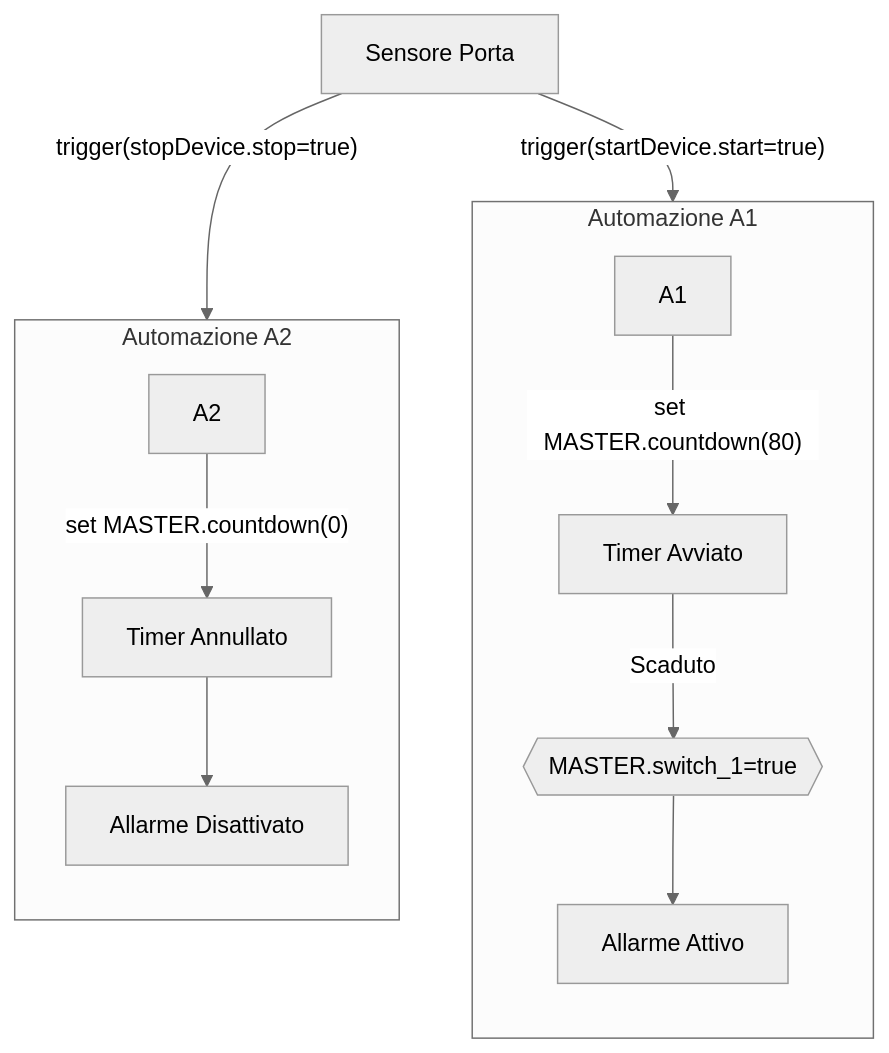
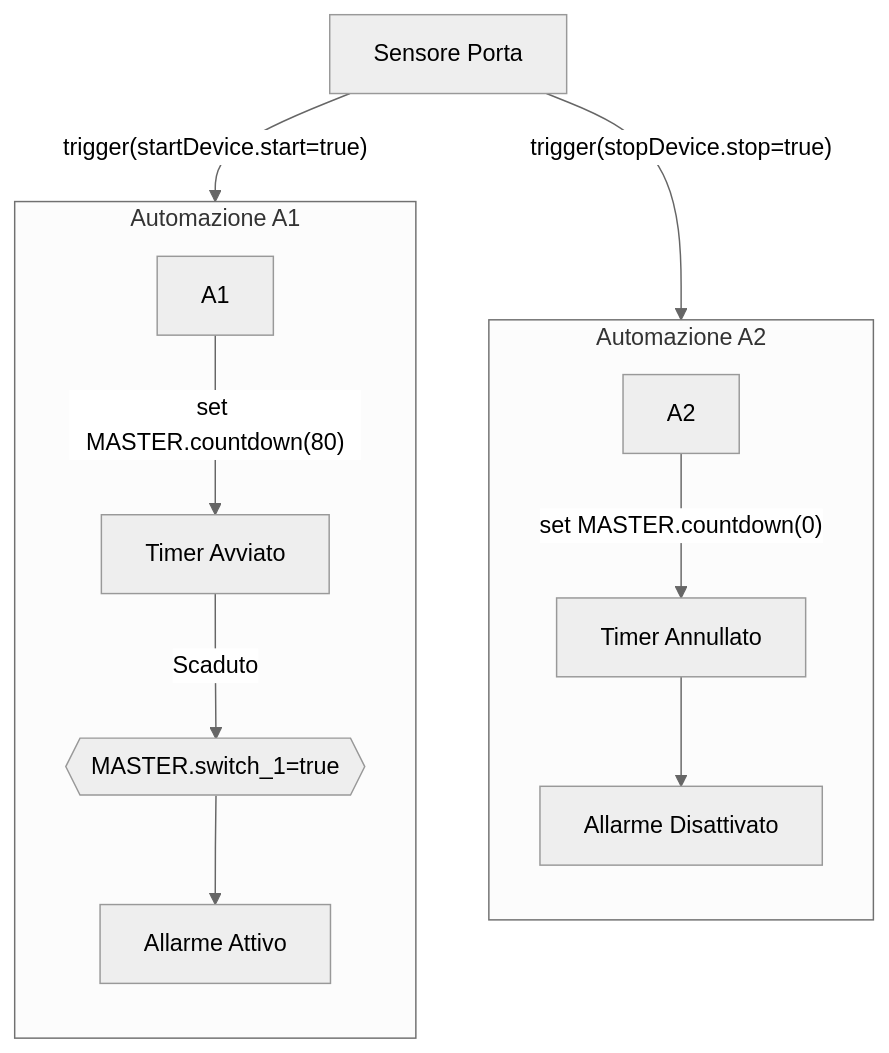
Before and after one commit to msillano/IoTwebUI: the second of 2 diagrams in patterns/filter for short events.md, drawn with Mermaid (neutral theme). The commit also changed other lines of this file, not shown here.

Commit message:
Update filter for short events.md

````diff
--- a/patterns/filter for short events.md
+++ b/patterns/filter for short events.md
@@ -110,16 +110,16 @@
 ```mermaid
 flowchart TD
 direction LR
     A["Sensore Porta"] -->|"trigger(stopDevice.stop=true)"| A2
     A["Sensore Porta"] -->|"trigger(startDevice.start=true)"| A1
+    subgraph Automazione A2
+        direction TB
+        A2 -->|"set MASTER.countdown(0)"| E["Timer Annullato"] --> F["Allarme Disattivato"]
+    end
    subgraph Automazione A1
         direction TB
-    A1 -->|"set MASTER.countdown(80)"| B["Timer Avviato"]
-    B -->|Scaduto| C{{"MASTER.switch_1=true"}} --> D["Allarme Attivo"]
+        A1 -->|"set MASTER.countdown(80)"| B["Timer Avviato"]
+        B -->|Scaduto| C{{"MASTER.switch_1=true"}} --> D["Allarme Attivo"]
    end
-    subgraph Automazione A2
-        direction TB
 
-    A2 -->|"set MASTER.countdown(0)"| E["Timer Annullato"] --> F["Allarme Disattivato"]
-end
 ```
````
